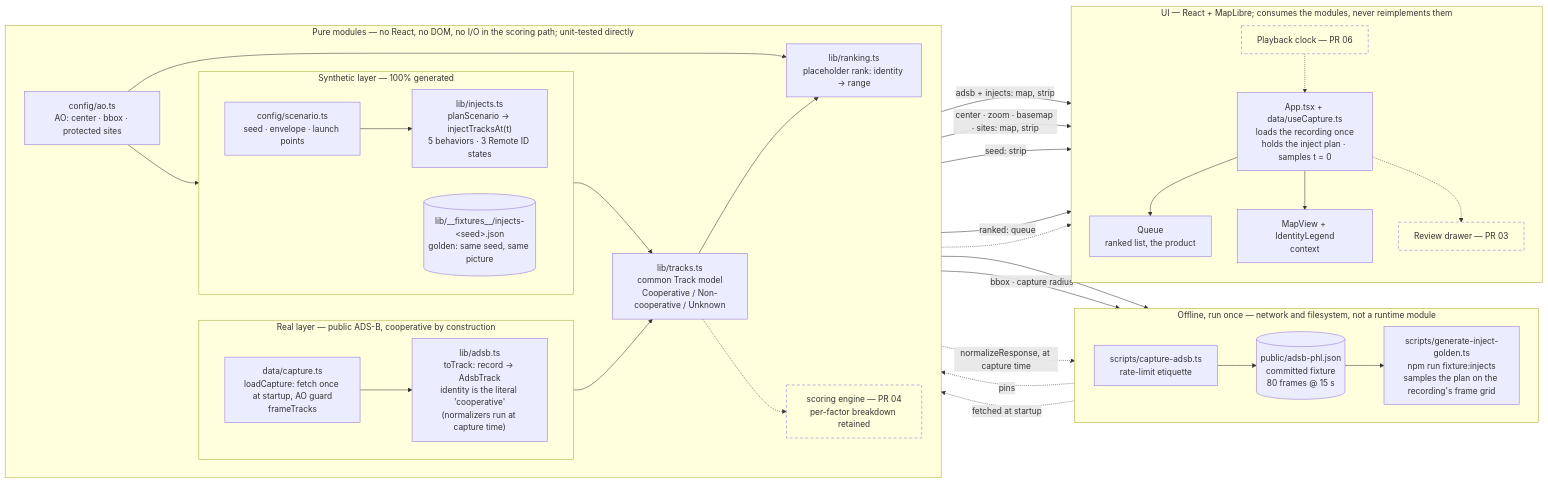
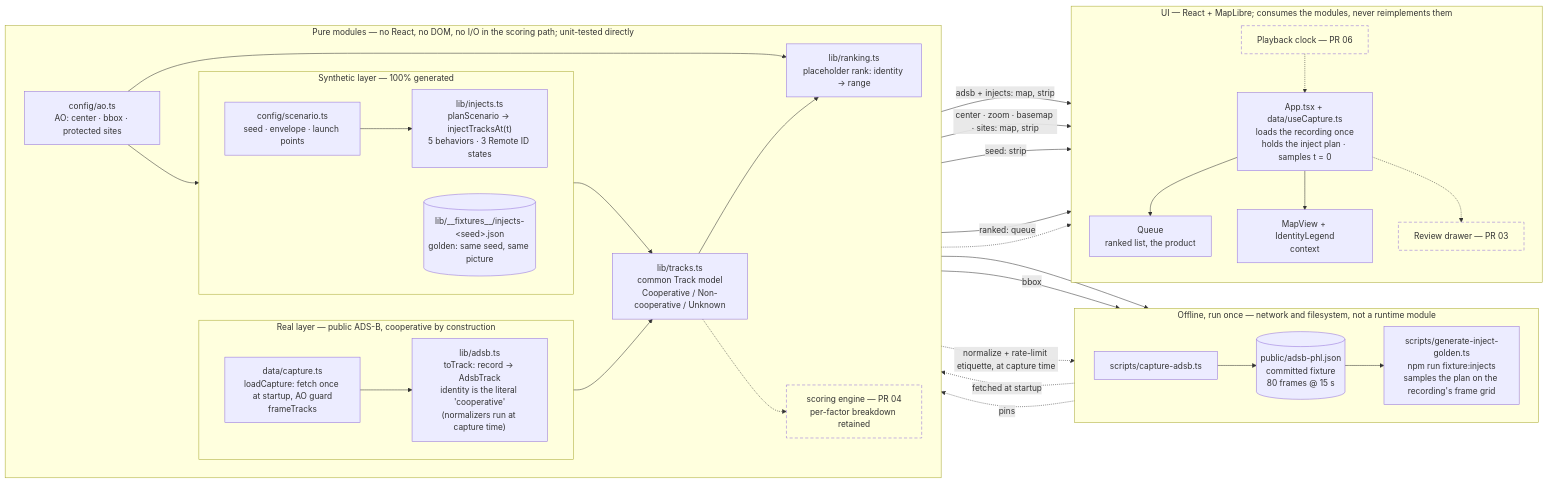
Before and after one commit to garishay/vigil: the diagram in README.md, drawn with Mermaid. The commit also changed other lines of this file and 2 other files, not shown here.

Commit message:
docs: last fix round — four mechanical corrections and the exclusion rule
Golden-generator edges declared at top level so Mermaid cannot reparent
the I/O script into the pure box; the ao-to-capture edge claims only the
bbox; capture etiquette attributed to lib/adsb.ts on the edge that calls
it; dashed edges defined in prose. The diagram draws the data path, not
the import graph — helper modules and type-only edges are deliberately
omitted, and a module is a stage on the data path in section 12 and
CLAUDE.md both. The changelog now opens by naming the current AO and no
entry reads as a present-tense description of the scenario.

Claude-Session: https://claude.ai/code/session_01TLySuKTCTqmyjo5W8xe24u

````diff
--- a/README.md
+++ b/README.md
@@ -21,54 +24,54 @@
 ```mermaid
 flowchart LR
   subgraph offline["Offline, run once — network and filesystem, not a runtime module"]
     direction LR
-    cap["scripts/capture-adsb.ts<br/>rate-limit etiquette"] --> fx[("public/adsb-phl.json<br/>committed fixture<br/>80 frames @ 15 s")]
+    cap["scripts/capture-adsb.ts"] --> fx[("public/adsb-phl.json<br/>committed fixture<br/>80 frames @ 15 s")]
     fx --> goldgen["scripts/generate-inject-golden.ts<br/>npm run fixture:injects<br/>samples the plan on the recording's frame grid"]
   end
   subgraph pure["Pure modules — no React, no DOM, no I/O in the scoring path; unit-tested directly"]
     direction LR
     subgraph real["Real layer — public ADS-B, cooperative by construction"]
       direction LR
       load["data/capture.ts<br/>loadCapture: fetch once at startup, AO guard<br/>frameTracks"] --> norm["lib/adsb.ts<br/>toTrack: record → AdsbTrack<br/>identity is the literal 'cooperative'<br/>(normalizers run at capture time)"]
     end
     subgraph syn["Synthetic layer — 100% generated"]
       direction LR
       cfg["config/scenario.ts<br/>seed · envelope · launch points"] --> gen["lib/injects.ts<br/>planScenario → injectTracksAt(t)<br/>5 behaviors · 3 Remote ID states"]
       gold[("lib/__fixtures__/injects-&lt;seed&gt;.json<br/>golden: same seed, same picture")]
     end
-    gen --> goldgen
-    goldgen -. pins .-> gold
     ao["config/ao.ts<br/>AO: center · bbox · protected sites"]
     model["lib/tracks.ts<br/>common Track model<br/>Cooperative / Non-cooperative / Unknown"]
     rank["lib/ranking.ts<br/>placeholder rank: identity → range"]
     score["scoring engine — PR 04<br/>per-factor breakdown retained"]
     norm --> model
     gen --> model
     ao --> gen
     ao --> rank
     model --> rank
     model -.-> score
   end
   fx -. fetched at startup .-> load
-  ao -- bbox · capture radius --> cap
-  norm -. normalizeResponse, at capture time .-> cap
+  gen --> goldgen
+  goldgen -. pins .-> gold
+  ao -- bbox --> cap
+  norm -. normalize + rate-limit etiquette, at capture time .-> cap
   subgraph ui["UI — React + MapLibre; consumes the modules, never reimplements them"]
     direction TB
     app["App.tsx + data/useCapture.ts<br/>loads the recording once<br/>holds the inject plan · samples t = 0"]
     queue["Queue<br/>ranked list, the product"]
     map["MapView + IdentityLegend<br/>context"]
     review["Review drawer — PR 03"]
     clock["Playback clock — PR 06"]
     app --> queue
     app --> map
     app -.-> review
     clock -.-> app
   end
   model -- adsb + injects: map, strip --> app
   ao -- center · zoom · basemap · sites: map, strip --> app
   cfg -- seed: strip --> app
   rank -- ranked: queue --> app
   score -.-> app
   classDef planned stroke-dasharray: 6 4,fill:none;
   class score,review,clock planned;
 ```
````
